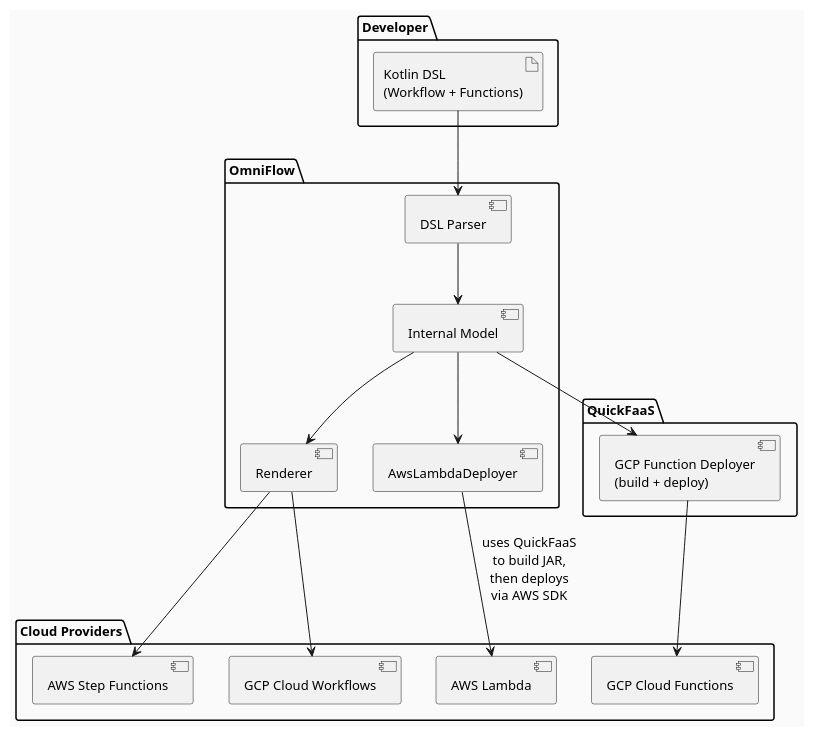
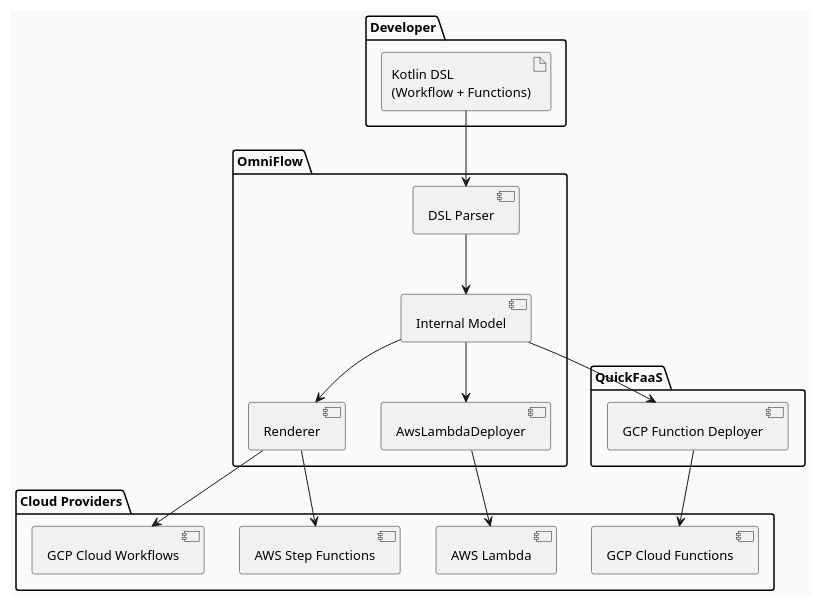
The first of 8 diagrams in omni-flow-main/Apresentacao-Orientador.md (EngenheiroPedroCarvalho/ISEL-Thesis-2526), drawn with PlantUML before and after one commit. The commit also changed other lines of this file, not shown here.

First line of the commit message:
Remove all mentions of QuickFaaS being used for AWS deployment

````diff
--- a/omni-flow-main/Apresentacao-Orientador.md
+++ b/omni-flow-main/Apresentacao-Orientador.md
@@ -23,39 +23,39 @@
 ```plantuml
 @startuml
 skinparam backgroundColor #FAFAFA
 skinparam defaultFontSize 13
 
 package "Developer" {
   artifact "Kotlin DSL\n(Workflow + Functions)" as DSL
 }
 
 package "OmniFlow" {
   component "DSL Parser" as Parser
   component "Internal Model" as Model
   component "Renderer" as Renderer
   component "AwsLambdaDeployer" as ALD
 }
 
 package "QuickFaaS" {
-  component "GCP Function Deployer\n(build + deploy)" as Deployer
+  component "GCP Function Deployer" as Deployer
 }
 
 package "Cloud Providers" {
   component "AWS Step Functions" as AWS
   component "GCP Cloud Workflows" as GCP
   component "AWS Lambda" as Lambda
   component "GCP Cloud Functions" as CF
 }
 
 DSL --> Parser
 Parser --> Model
 Model --> Renderer
 Model --> Deployer
 Model --> ALD
 Renderer --> AWS
 Renderer --> GCP
 Deployer --> CF
-ALD --> Lambda : uses QuickFaaS\nto build JAR,\nthen deploys\nvia AWS SDK
+ALD --> Lambda
 
 @enduml
 ```
````
